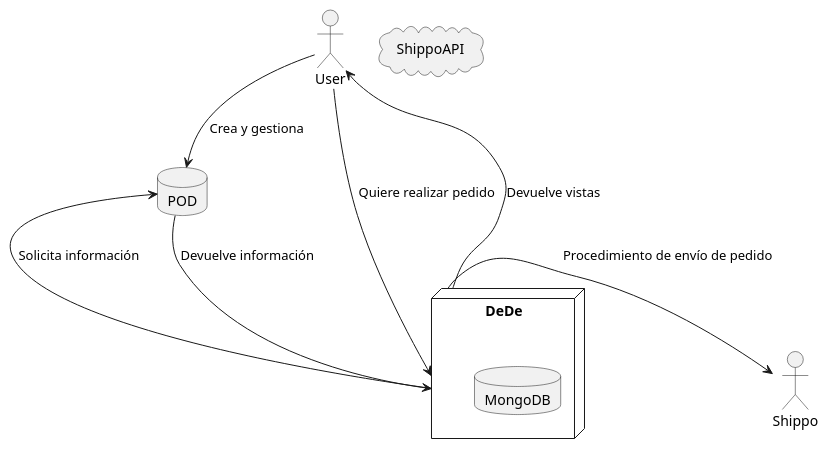
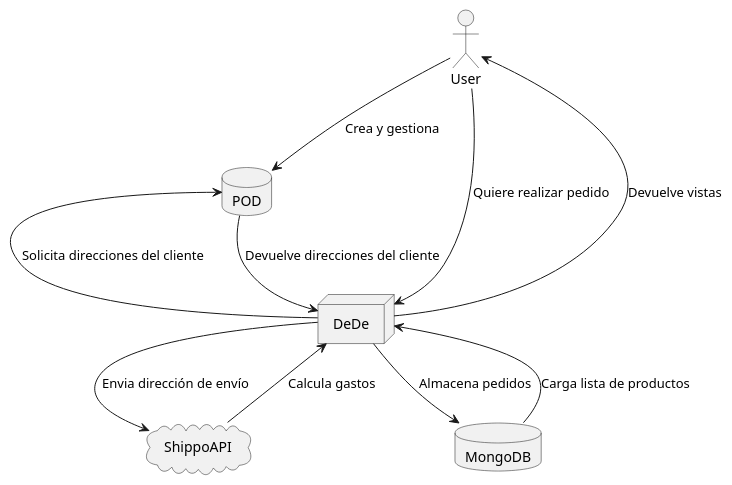
One commit to Arquisoft/dede_es6b changed the diagram in docs/03_system_scope_and_context.adoc. Above: the diagram before and after it, drawn with PlantUML.

```diff
--- a/docs/03_system_scope_and_context.adoc
+++ b/docs/03_system_scope_and_context.adoc
@@ -10,17 +10,20 @@
 [plantuml]
 ....
 @startuml
 Actor User
 database POD
 cloud ShippoAPI
-node DeDe {
-  database MongoDB
-}
+node DeDe
+database MongoDB
+
 User --> DeDe : Quiere realizar pedido
 User --> POD : Crea y gestiona
 DeDe -u-> User : Devuelve vistas
-DeDe -l-> POD : Solicita información
-DeDe -r-> Shippo : Procedimiento de envío de pedido
-POD --> DeDe : Devuelve información
+DeDe -l-> POD : Solicita direcciones del cliente
+DeDe --> ShippoAPI: Envia dirección de envío
+ShippoAPI --> DeDe: Calcula gastos
+POD --> DeDe : Devuelve direcciones del cliente
+DeDe --> MongoDB: Almacena pedidos
+MongoDB --> DeDe: Carga lista de productos
 @enduml
 ....
```
